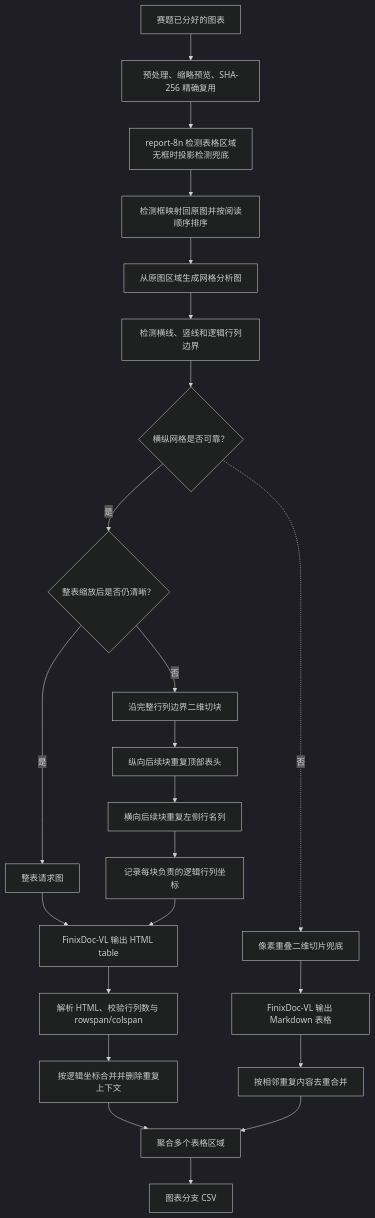
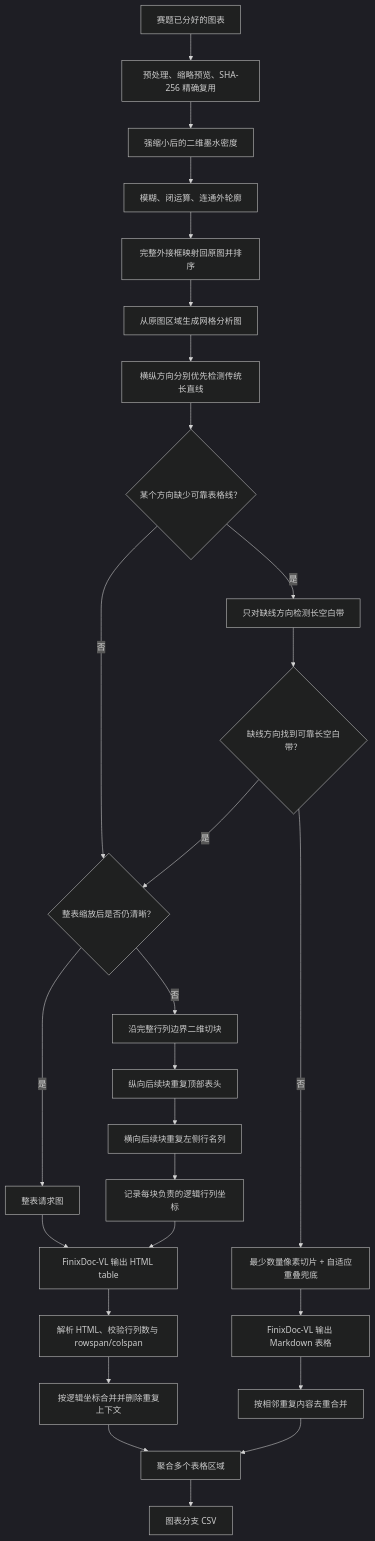
Before and after one commit to AAAXXS-0/CAFA6202: the diagram in afac_pipeline/table/README.md, drawn with Mermaid (dark theme). The commit also changed other lines of this file and 10 other files, not shown here.

````diff
--- a/afac_pipeline/table/README.md
+++ b/afac_pipeline/table/README.md
@@ -5,25 +5,30 @@
 ```mermaid
 flowchart TD
     A["赛题已分好的图表"] --> B["预处理、缩略预览、SHA-256 精确复用"]
-    B --> C["report-8n 检测表格区域<br/>无框时投影检测兜底"]
-    C --> D["检测框映射回原图并按阅读顺序排序"]
-    D --> E["从原图区域生成网格分析图"]
-    E --> F["检测横线、竖线和逻辑行列边界"]
-    F --> G{"横纵网格是否可靠？"}
-    G -- "是" --> H{"整表缩放后是否仍清晰？"}
-    H -- "是" --> I["整表请求图"]
-    H -- "否" --> J["沿完整行列边界二维切块"]
+    B --> C["强缩小后的二维墨水密度"]
+    C --> D["模糊、闭运算、连通外轮廓"]
+    D --> E["完整外接框映射回原图并排序"]
+    E --> F["从原图区域生成网格分析图"]
+    F --> G["横纵方向分别优先检测传统长直线"]
+    G --> H{"某个方向缺少可靠表格线？"}
+    H -- "是" --> W["只对缺线方向检测长空白带"]
+    H -- "否" --> I{"整表缩放后是否仍清晰？"}
+    W --> V{"缺线方向找到可靠长空白带？"}
+    V -- "是" --> I
+    V -- "否" --> N
+    I -- "是" --> X["整表请求图"]
+    I -- "否" --> J["沿完整行列边界二维切块"]
     J --> K["纵向后续块重复顶部表头"]
     K --> L["横向后续块重复左侧行名列"]
     L --> M["记录每块负责的逻辑行列坐标"]
-    G -. "否" .-> N["像素重叠二维切片兜底"]
-    I --> O["FinixDoc-VL 输出 HTML table"]
+    N["最少数量像素切片 + 自适应重叠兜底"]
+    X --> O["FinixDoc-VL 输出 HTML table"]
     M --> O
     N --> P["FinixDoc-VL 输出 Markdown 表格"]
     O --> Q["解析 HTML、校验行列数与 rowspan/colspan"]
     Q --> R["按逻辑坐标合并并删除重复上下文"]
     P --> S["按相邻重复内容去重合并"]
     R --> T["聚合多个表格区域"]
     S --> T
     T --> U["图表分支 CSV"]
 ```
````
